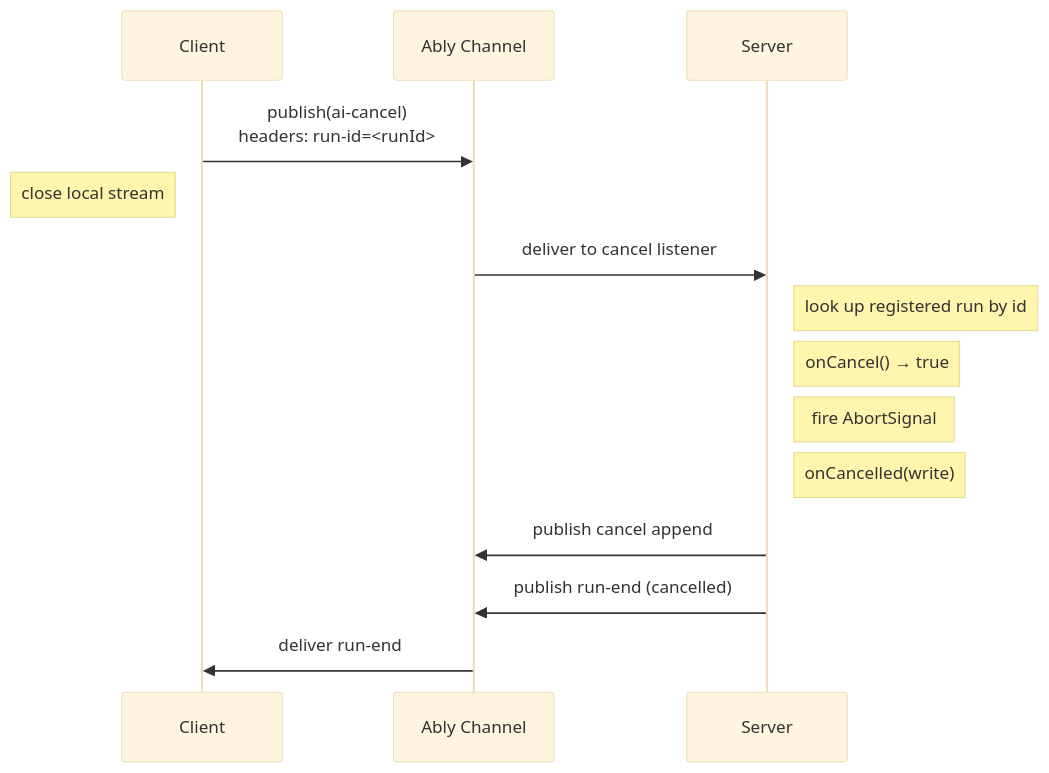
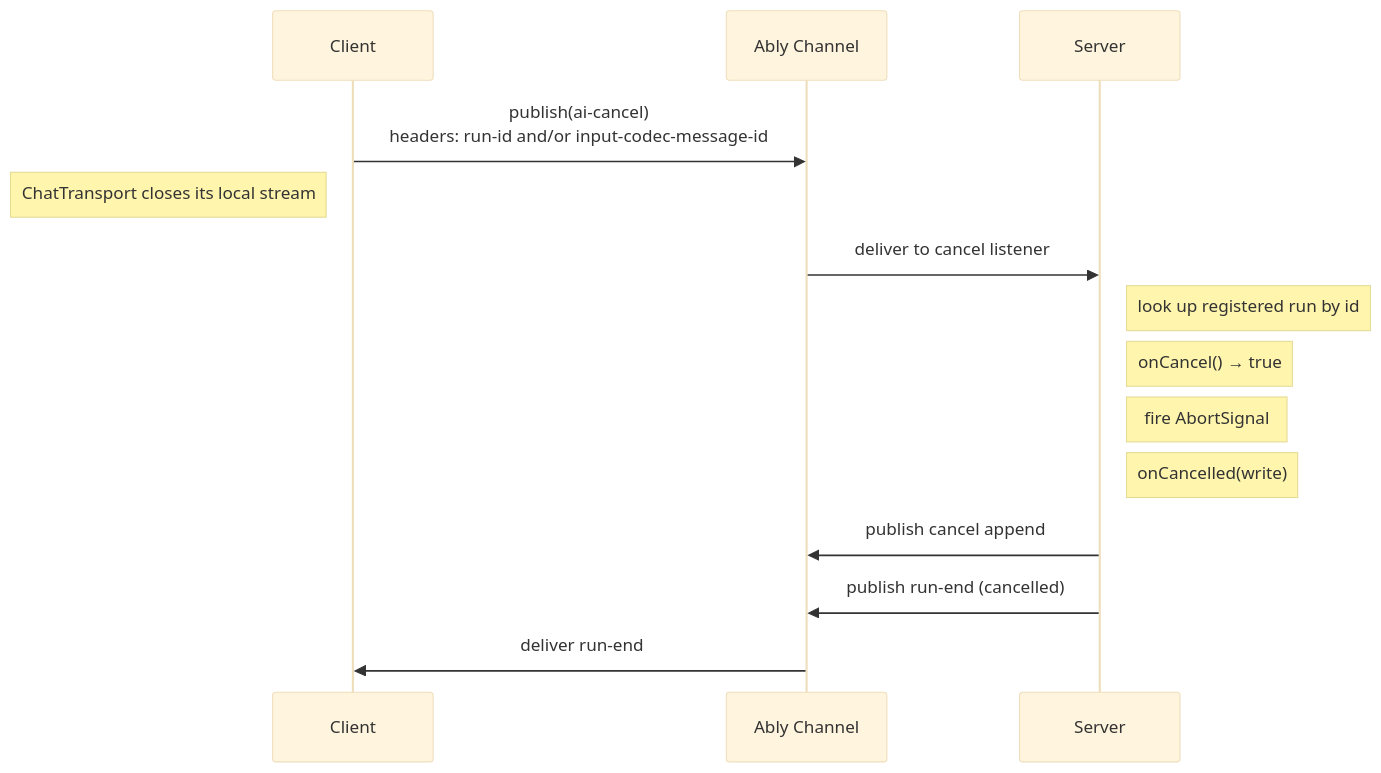
The diagram in docs/features/cancel.md (ably/ably-ai-transport-js), drawn with Mermaid (base theme) before and after one commit. The commit also changed other lines of this file and 31 other files, not shown here.

````diff
--- a/docs/features/cancel.md
+++ b/docs/features/cancel.md
@@ -85,17 +88,17 @@
 ```mermaid
 sequenceDiagram
     participant C as Client
     participant Ch as Ably Channel
     participant S as Server
 
-    C->>Ch: publish(ai-cancel)<br/>headers: run-id=<runId>
-    Note left of C: close local stream
+    C->>Ch: publish(ai-cancel)<br/>headers: run-id and/or input-codec-message-id
+    Note left of C: ChatTransport closes its local stream
     Ch->>S: deliver to cancel listener
     Note right of S: look up registered run by id
     Note right of S: onCancel() → true
     Note right of S: fire AbortSignal
     Note right of S: onCancelled(write)
     S->>Ch: publish cancel append
     S->>Ch: publish run-end (cancelled)
     Ch->>C: deliver run-end
 ```
````
